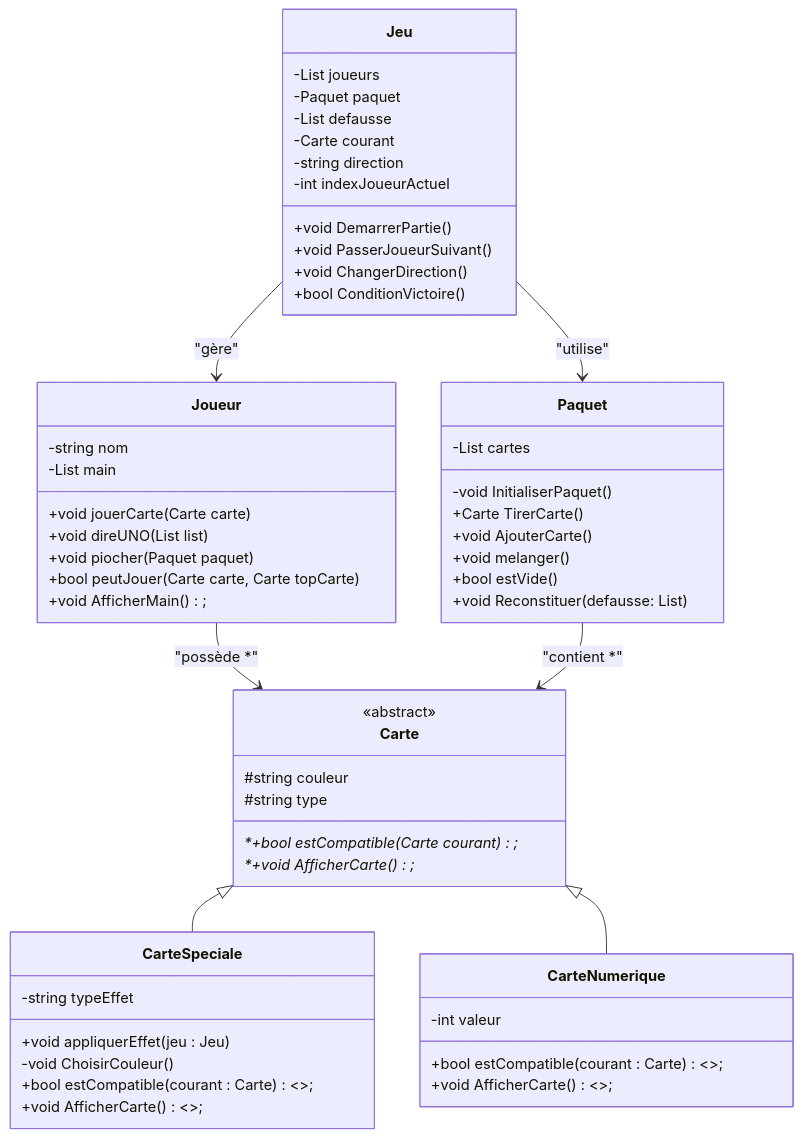
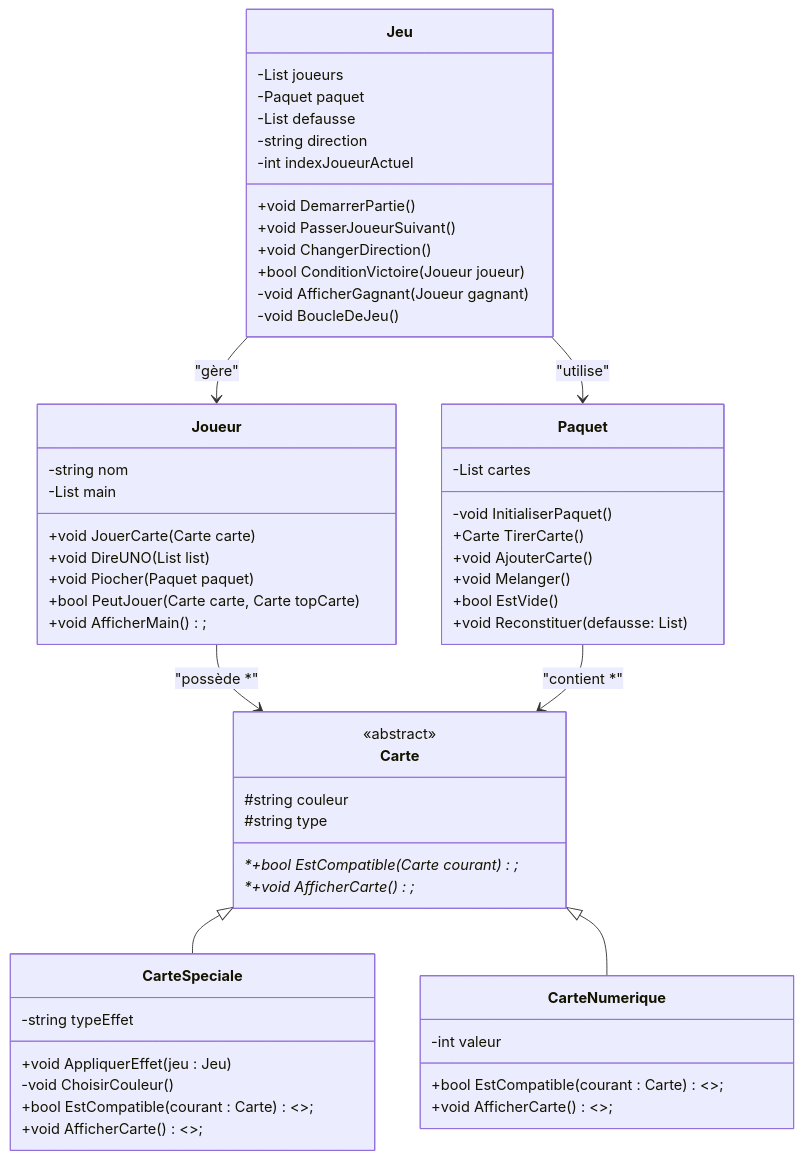
One commit to Lil-Code30/uno-game changed the diagram in README.md. Above: the diagram before and after it, drawn with Mermaid.

Commit message:
Update class diagram method names to PascalCase
Standardized method names in the README class diagram to use PascalCase for consistency with C# naming conventions. Also updated method signatures and added missing methods to better reflect the intended class structure.

````diff
--- a/README.md
+++ b/README.md
@@ -26,70 +26,71 @@
 ```mermaid
 classDiagram
     class Jeu {
         -List<Joueur> joueurs
         -Paquet paquet
         -List<Carte> defausse
-        -Carte courant
         -string direction
         -int indexJoueurActuel
 
         +void DemarrerPartie() 
         +void PasserJoueurSuivant()
         +void ChangerDirection()
-        +bool ConditionVictoire()
+        +bool ConditionVictoire(Joueur joueur)
+        -void AfficherGagnant(Joueur gagnant)
+        -void BoucleDeJeu()
     }
 
     class Joueur {
         -string nom 
         -List<Carte> main 
 
-        +void jouerCarte(Carte carte) 
-        +void direUNO(List<Carte> list)
-        +void piocher(Paquet paquet) 
-        +bool peutJouer(Carte carte, Carte topCarte) 
+        +void JouerCarte(Carte carte) 
+        +void DireUNO(List<Carte> list)
+        +void Piocher(Paquet paquet) 
+        +bool PeutJouer(Carte carte, Carte topCarte) 
         +void AfficherMain();
     }
 
     class Paquet {
         -List<Carte> cartes
 
         -void InitialiserPaquet()
         +Carte TirerCarte()
         +void AjouterCarte()
-        +void melanger()
-        +bool estVide()
+        +void Melanger()
+        +bool EstVide()
         +void Reconstituer(defausse: List<Carte>)
     }
 
     class Carte {
         <<abstract>>
         #string couleur 
         #string type 
 
-        *+bool estCompatible(Carte courant )*;
+        *+bool EstCompatible(Carte courant )*;
         *+void AfficherCarte()*;
     }
 
     class CarteSpeciale {
         -string typeEffet
 
-        +void appliquerEffet(jeu : Jeu)
+        +void AppliquerEffet(jeu : Jeu)
         -void ChoisirCouleur()
-        +bool estCompatible(courant : Carte) <<override>>;
+        +bool EstCompatible(courant : Carte) <<override>>;
         +void AfficherCarte() <<override>>;
     }
 
     class CarteNumerique {
         -int valeur
 
-        +bool estCompatible(courant : Carte) <<override>>;
+        +bool EstCompatible(courant : Carte) <<override>>;
         +void AfficherCarte() <<override>>;
     }
 
     Jeu --> Joueur : "gère"
     Jeu --> Paquet : "utilise"
     Joueur --> Carte : "possède *"
     Paquet --> Carte : "contient *"
     Carte <|-- CarteSpeciale
     Carte <|-- CarteNumerique
 ```
````
